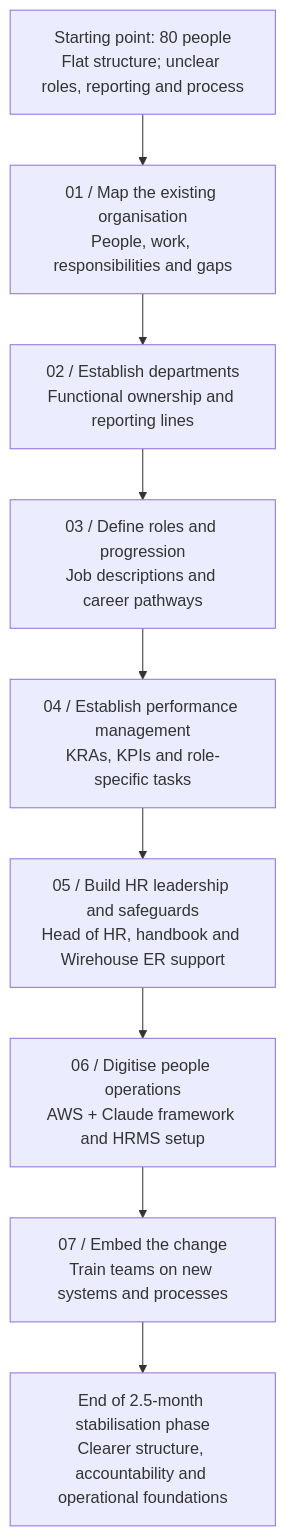
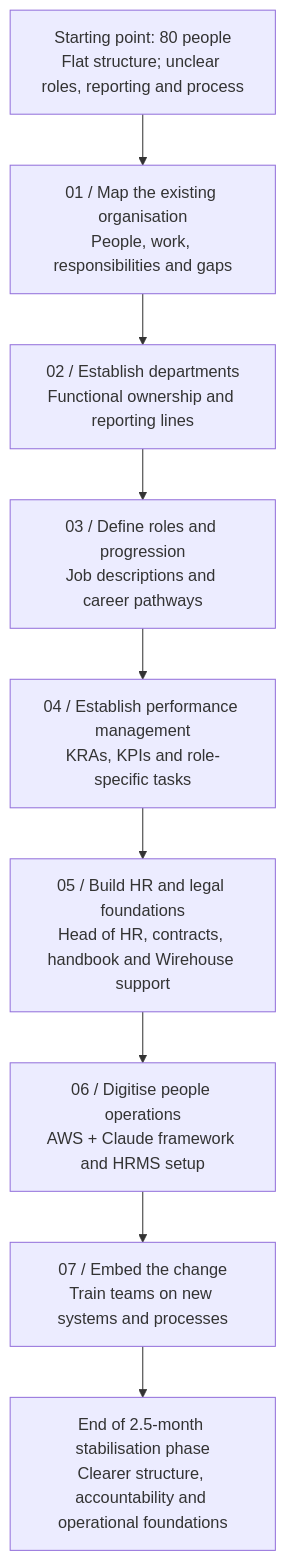
One commit to Beth-foster/Beth-foster changed the diagram in projects/organisational-growth.md. Above: the diagram before and after it, drawn with Mermaid. The commit also changed other lines of this file, not shown here.

Commit message:
Tighten future organisation design section and add employment contracts to stabilisation phase

````diff
--- a/projects/organisational-growth.md
+++ b/projects/organisational-growth.md
@@ -33,13 +33,13 @@
 ```mermaid
 flowchart TD
     A["Starting point: 80 people<br/>Flat structure; unclear roles, reporting and process"]
     B["01 / Map the existing organisation<br/>People, work, responsibilities and gaps"]
     C["02 / Establish departments<br/>Functional ownership and reporting lines"]
     D["03 / Define roles and progression<br/>Job descriptions and career pathways"]
     E["04 / Establish performance management<br/>KRAs, KPIs and role-specific tasks"]
-    F["05 / Build HR leadership and safeguards<br/>Head of HR, handbook and Wirehouse ER support"]
+    F["05 / Build HR and legal foundations<br/>Head of HR, contracts, handbook and Wirehouse support"]
     G["06 / Digitise people operations<br/>AWS + Claude framework and HRMS setup"]
     H["07 / Embed the change<br/>Train teams on new systems and processes"]
     I["End of 2.5-month stabilisation phase<br/>Clearer structure, accountability and operational foundations"]
     A --> B --> C --> D --> E --> F --> G --> H --> I
 ```
````
